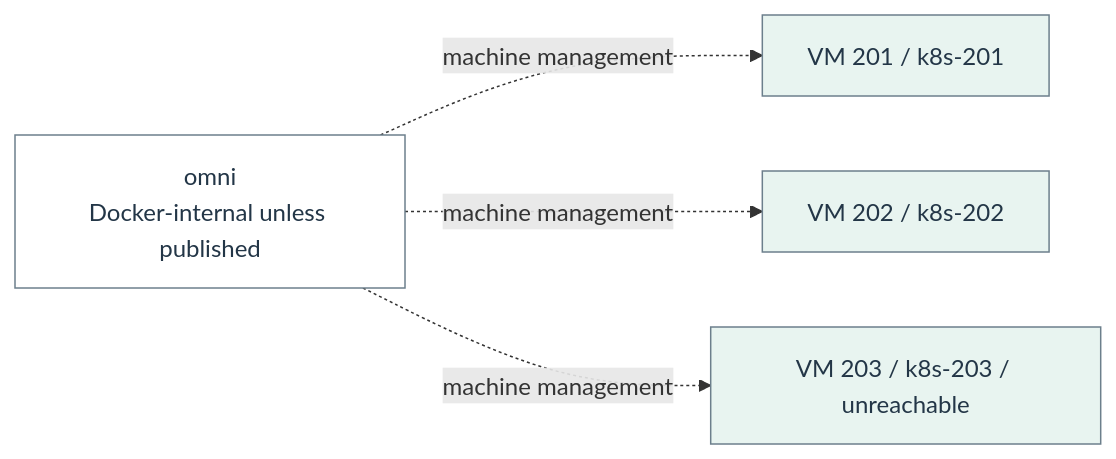
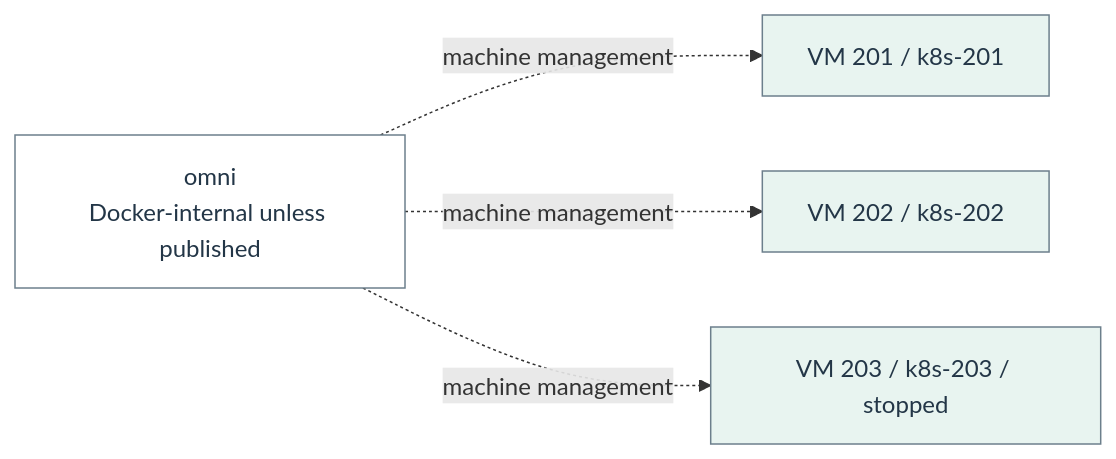
Diagram 21 of 22 in docs/architecture/homelab-mermaid.md (Harsh-2002/Homelab), drawn with Mermaid before and after one commit. The commit also changed other lines of this file and 51 other files, not shown here.

````diff
--- a/docs/architecture/homelab-mermaid.md
+++ b/docs/architecture/homelab-mermaid.md
@@ -603,14 +603,14 @@
 ```mermaid
 flowchart LR
   n_flow_16_0["omni<br/>Docker-internal unless published"]
   n_flow_16_1["VM 201 / k8s-201"]
   n_flow_16_2["VM 202 / k8s-202"]
-  n_flow_16_3["VM 203 / k8s-203 / unreachable"]
+  n_flow_16_3["VM 203 / k8s-203 / stopped"]
   n_flow_16_0 -.->|"machine management"| n_flow_16_1
   n_flow_16_0 -.->|"machine management"| n_flow_16_2
   n_flow_16_0 -.->|"machine management"| n_flow_16_3
   classDef c_flow_16_0 fill:#ffffff,stroke:#6c7f8c,color:#233647;
   class n_flow_16_0 c_flow_16_0;
   classDef c_flow_16_1 fill:#e8f4f0,stroke:#6c7f8c,color:#233647;
   class n_flow_16_1,n_flow_16_2,n_flow_16_3 c_flow_16_1;
 ```
````
